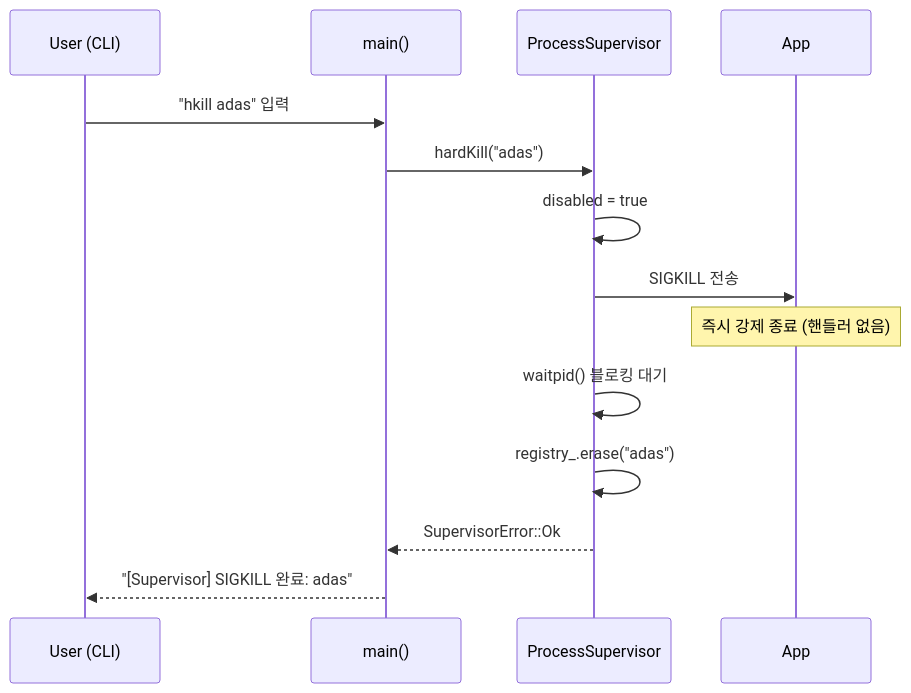
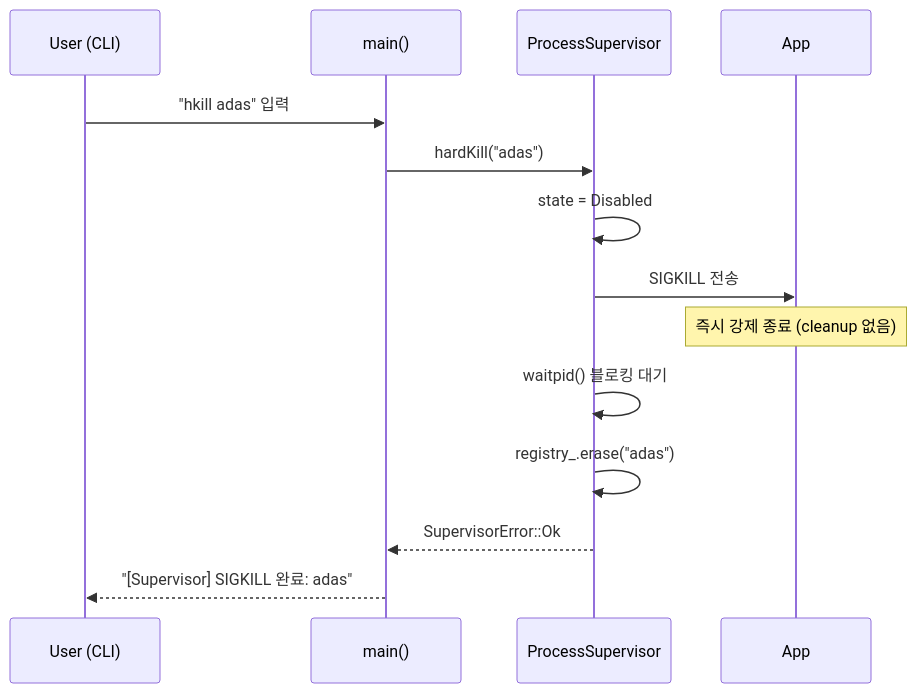
Before and after one commit to Suehyun666/Platform: the third of 6 diagrams in docs/architecture.md, drawn with Mermaid. The commit also changed other lines of this file and 15 other files, not shown here.

````diff
--- a/docs/architecture.md
+++ b/docs/architecture.md
@@ -119,19 +172,19 @@
 ```mermaid
 sequenceDiagram
     participant U  as User (CLI)
     participant M  as main()
     participant PS as ProcessSupervisor
     participant AP as App
 
     U->>M: "hkill adas" 입력
     M->>PS: hardKill("adas")
 
-    PS->>PS: disabled = true
+    PS->>PS: state = Disabled
     PS->>AP: SIGKILL 전송
-    Note over AP: 즉시 강제 종료 (핸들러 없음)
+    Note over AP: 즉시 강제 종료 (cleanup 없음)
 
     PS->>PS: waitpid() 블로킹 대기
     PS->>PS: registry_.erase("adas")
     PS-->>M: SupervisorError::Ok
     M-->>U: "[Supervisor] SIGKILL 완료: adas"
 ```
````
